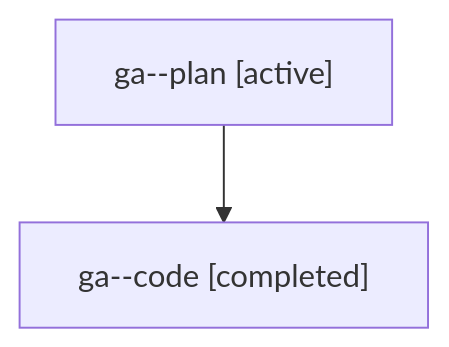
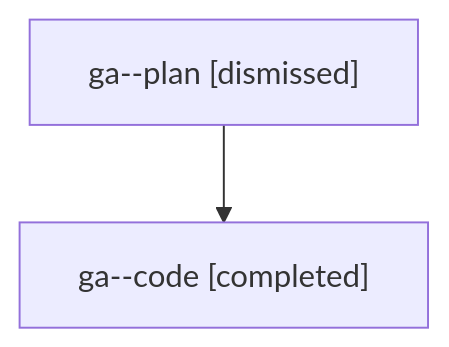
Before and after one commit to sase-org/sase--agents: the diagram in sessions/bbugyi200.athena.ga.md, drawn with Mermaid. The commit also changed other lines of this file and 36 other files, not shown here.

````diff
--- a/sessions/bbugyi200.athena.ga.md
+++ b/sessions/bbugyi200.athena.ga.md
@@ -9,6 +9,6 @@
 ```mermaid
 flowchart TD
-  n0["ga--plan [active]"]
+  n0["ga--plan [dismissed]"]
   n1["ga--code [completed]"]
   n0 --> n1
 ```
````
